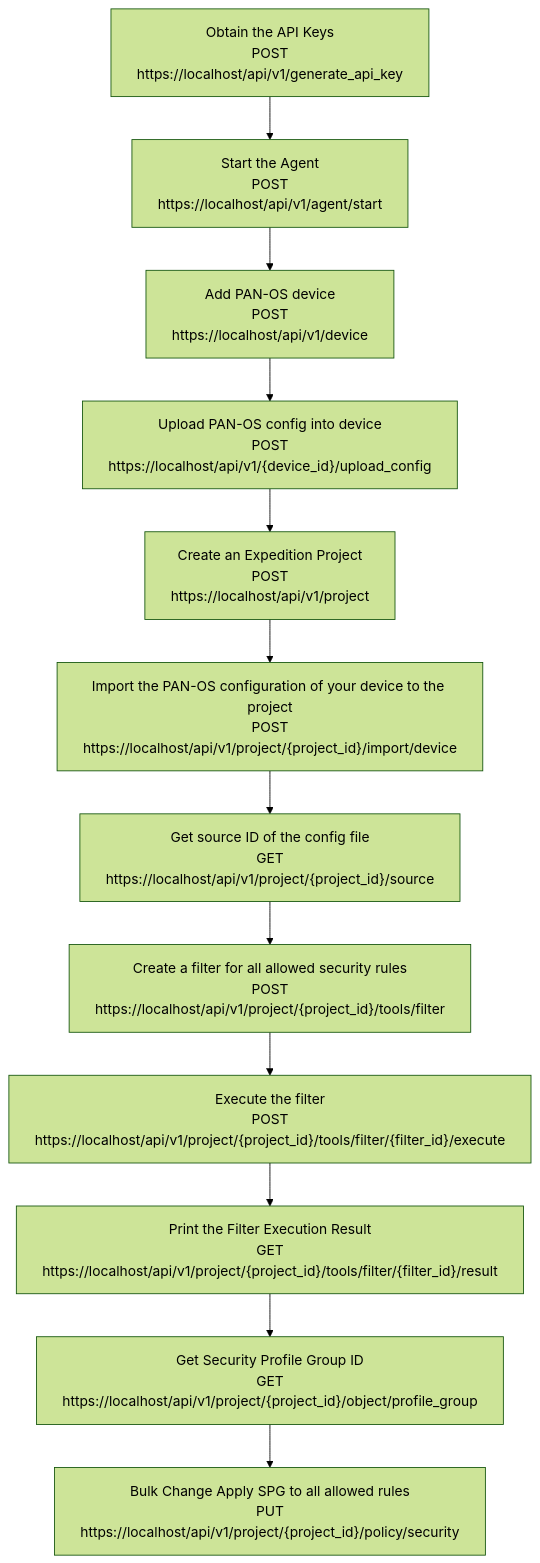
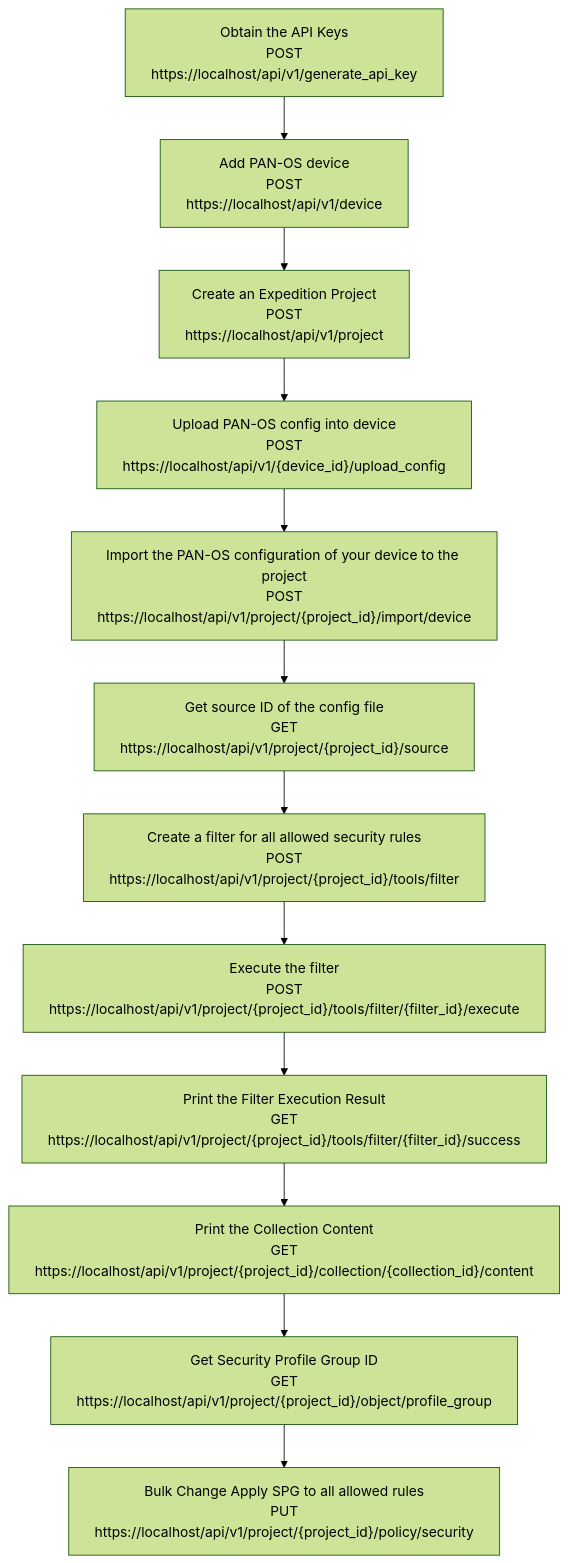
Before and after one commit to PaloAltoNetworks/pan.dev: the diagram in products/expedition/docs/expedition_workflow_bulkchange.md, drawn with Mermaid (forest theme). The commit also changed other lines of this file and 5 other files, not shown here.

Commit message:
Modify all use case to reflect the API syntax changes.

````diff
--- a/products/expedition/docs/expedition_workflow_bulkchange.md
+++ b/products/expedition/docs/expedition_workflow_bulkchange.md
@@ -38,14 +38,14 @@
 ```mermaid
 flowchart TB
-    A[Obtain the API Keys<br/> POST https://localhost/api/v1/generate_api_key ] --> B[Start the Agent<br/> POST https://localhost/api/v1/agent/start]
-    B[Start the Agent<br/> POST https://localhost/api/v1/agent/start]  --> C[Add PAN-OS device<br/> POST https://localhost/api/v1/device]
-    C[Add PAN-OS device<br/> POST https://localhost/api/v1/device]  --> D["Upload PAN-OS config into device<br/> POST https://localhost/api/v1/{device_id}/upload_config"]
-    D["Upload PAN-OS config into device<br/> POST https://localhost/api/v1/{device_id}/upload_config"]--> E[Create an Expedition Project<br/> POST https://localhost/api/v1/project]
-    E[Create an Expedition Project<br/> POST https://localhost/api/v1/project] --> F["Import the PAN-OS configuration of your device to the project<br/> POST https://localhost/api/v1/project/{project_id}/import/device"]
+    A[Obtain the API Keys<br/> POST https://localhost/api/v1/generate_api_key ] --> B[Add PAN-OS device<br/> POST https://localhost/api/v1/device]
+    B[Add PAN-OS device<br/> POST https://localhost/api/v1/device]  --> D["Create an Expedition Project<br/> POST https://localhost/api/v1/project" ]
+    D["Create an Expedition Project<br/> POST https://localhost/api/v1/project" ] --> E["Upload PAN-OS config into device<br/> POST https://localhost/api/v1/{device_id}/upload_config" ]
+    E["Upload PAN-OS config into device<br/> POST https://localhost/api/v1/{device_id}/upload_config"] --> F["Import the PAN-OS configuration of your device to the project<br/> POST https://localhost/api/v1/project/{project_id}/import/device"]
     F["Import the PAN-OS configuration of your device to the project<br/> POST https://localhost/api/v1/project/{project_id}/import/device"] --> G["Get source ID of the config file<br/> GET https://localhost/api/v1/project/{project_id}/source"]
     G["Get source ID of the config file<br/> GET https://localhost/api/v1/project/{project_id}/source"]--> H["Create a filter for all allowed security rules<br/> POST https://localhost/api/v1/project/{project_id}/tools/filter"]
     H["Create a filter for all allowed security rules<br/> POST https://localhost/api/v1/project/{project_id}/tools/filter"] --> I["Execute the filter<br/> POST https://localhost/api/v1/project/{project_id}/tools/filter/{filter_id}/execute"]
-    I["Execute the filter<br/> POST https://localhost/api/v1/project/{project_id}/tools/filter/{filter_id}/execute"] --> J["Print the Filter Execution Result<br/> GET https://localhost/api/v1/project/{project_id}/tools/filter/{filter_id}/result"]
-    J["Print the Filter Execution Result<br/> GET https://localhost/api/v1/project/{project_id}/tools/filter/{filter_id}/result"] --> K["Get Security Profile Group ID<br/> GET https://localhost/api/v1/project/{project_id}/object/profile_group"]
-    K["Get Security Profile Group ID<br/> GET https://localhost/api/v1/project/{project_id}/object/profile_group" ] --> L["Bulk Change Apply SPG to all allowed rules<br/> PUT https://localhost/api/v1/project/{project_id}/policy/security"]
-```
+    I["Execute the filter<br/> POST https://localhost/api/v1/project/{project_id}/tools/filter/{filter_id}/execute"] --> J["Print the Filter Execution Result<br/> GET https://localhost/api/v1/project/{project_id}/tools/filter/{filter_id}/success"]
+    J["Print the Filter Execution Result<br/> GET https://localhost/api/v1/project/{project_id}/tools/filter/{filter_id}/success"] --> K["Print the Collection Content<br/> GET https://localhost/api/v1/project/{project_id}/collection/{collection_id}/content"]
+    K["Print the Collection Content<br/> GET https://localhost/api/v1/project/{project_id}/collection/{collection_id}/content"] --> L["Get Security Profile Group ID<br/> GET https://localhost/api/v1/project/{project_id}/object/profile_group"]
+    L["Get Security Profile Group ID<br/> GET https://localhost/api/v1/project/{project_id}/object/profile_group" ] --> M["Bulk Change Apply SPG to all allowed rules<br/> PUT https://localhost/api/v1/project/{project_id}/policy/security"]
+```  
````
